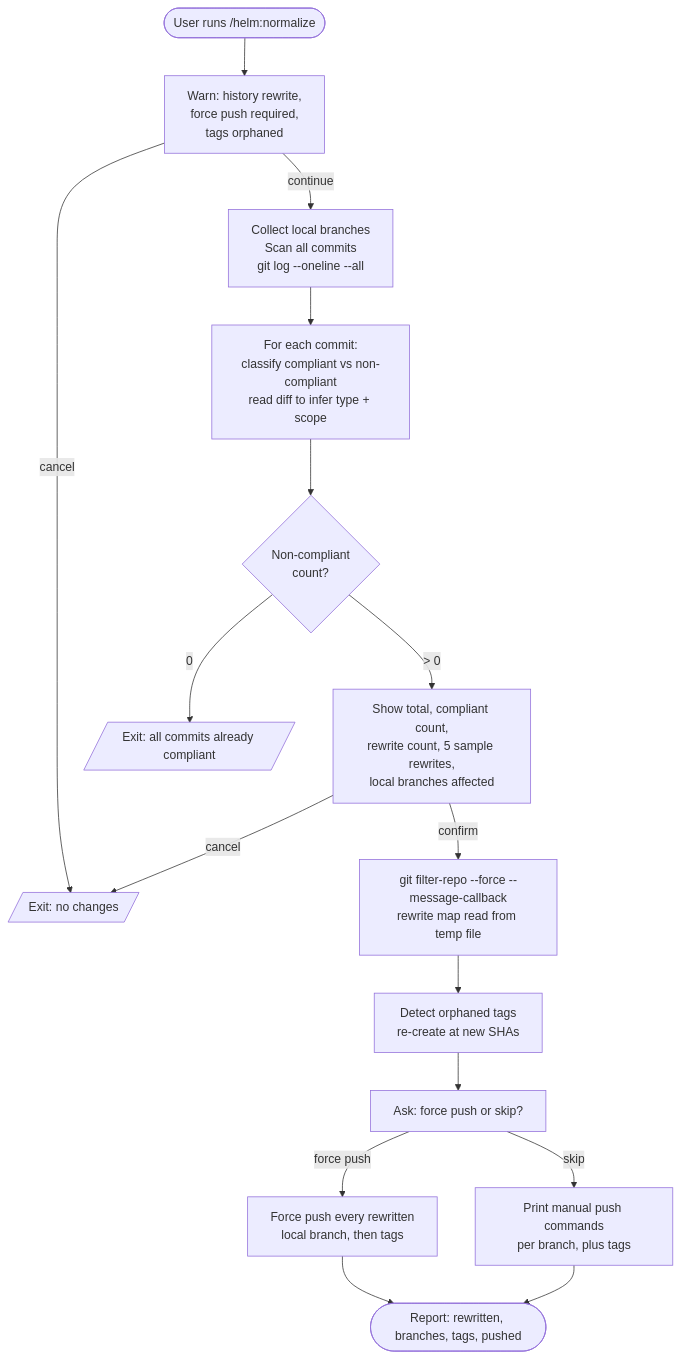
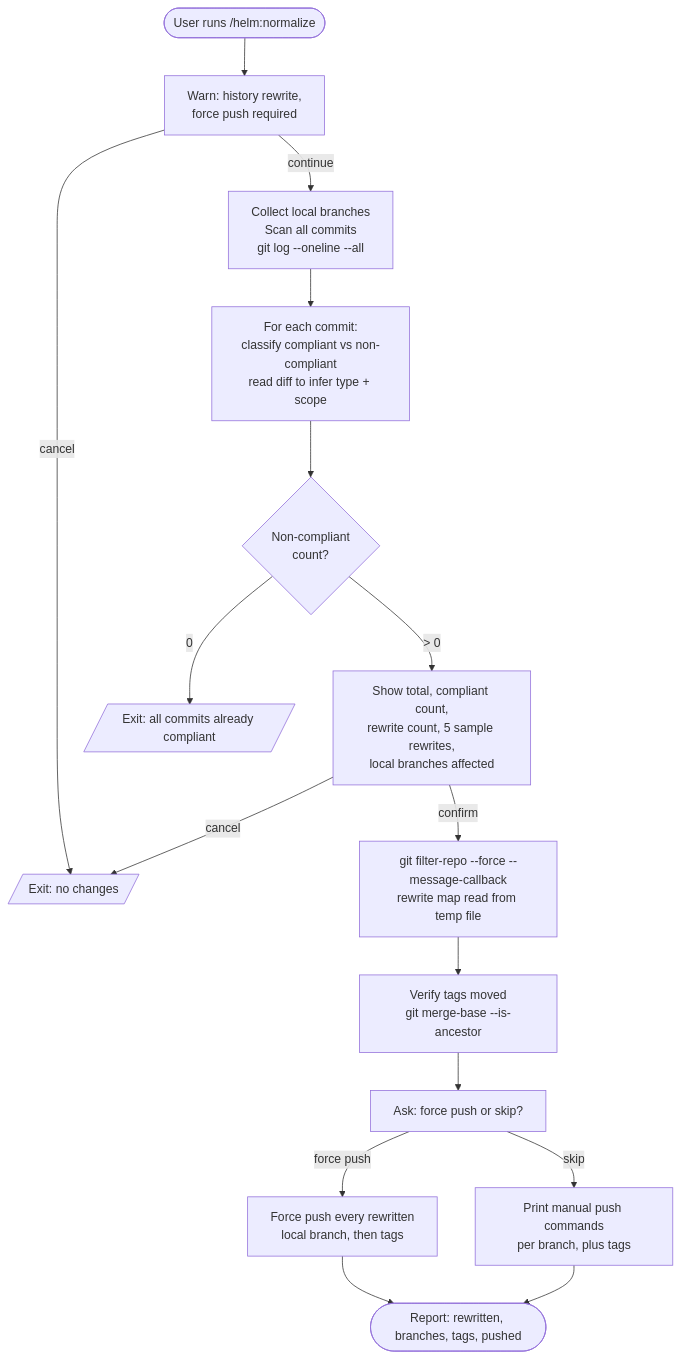
Before and after one commit to myowinthein/agent-helm: the diagram in docs/commands/normalize.md, drawn with Mermaid. The commit also changed other lines of this file and 1 other file, not shown here.

First line of the commit message:
fix(normalize): fix broken tag-orphan detection, auto-move tags on filter-branch fallback

````diff
--- a/docs/commands/normalize.md
+++ b/docs/commands/normalize.md
@@ -13,25 +13,25 @@
 ```mermaid
 flowchart TD
-  Start([User runs /helm:normalize]) --> Warn[Warn: history rewrite,<br/>force push required,<br/>tags orphaned]
+  Start([User runs /helm:normalize]) --> Warn[Warn: history rewrite,<br/>force push required]
 
   Warn -->|cancel| Cancel[/Exit: no changes/]
   Warn -->|continue| Scan[Collect local branches<br/>Scan all commits<br/>git log --oneline --all]
 
   Scan --> Classify[For each commit:<br/>classify compliant vs non-compliant<br/>read diff to infer type + scope]
   Classify --> Count{Non-compliant<br/>count?}
 
   Count -->|0| NothingToDo[/Exit: all commits already compliant/]
   Count -->|> 0| ShowPlan[Show total, compliant count,<br/>rewrite count, 5 sample rewrites,<br/>local branches affected]
 
   ShowPlan -->|cancel| Cancel
   ShowPlan -->|confirm| Rewrite[git filter-repo --force --message-callback<br/>rewrite map read from temp file]
 
-  Rewrite --> Tags[Detect orphaned tags<br/>re-create at new SHAs]
+  Rewrite --> Tags[Verify tags moved<br/>git merge-base --is-ancestor]
   Tags --> PushGate[Ask: force push or skip?]
 
   PushGate -->|force push| Push[Force push every rewritten<br/>local branch, then tags]
   PushGate -->|skip| Manual[Print manual push commands<br/>per branch, plus tags]
 
   Push --> Report([Report: rewritten, branches, tags, pushed])
   Manual --> Report
 ```
````
